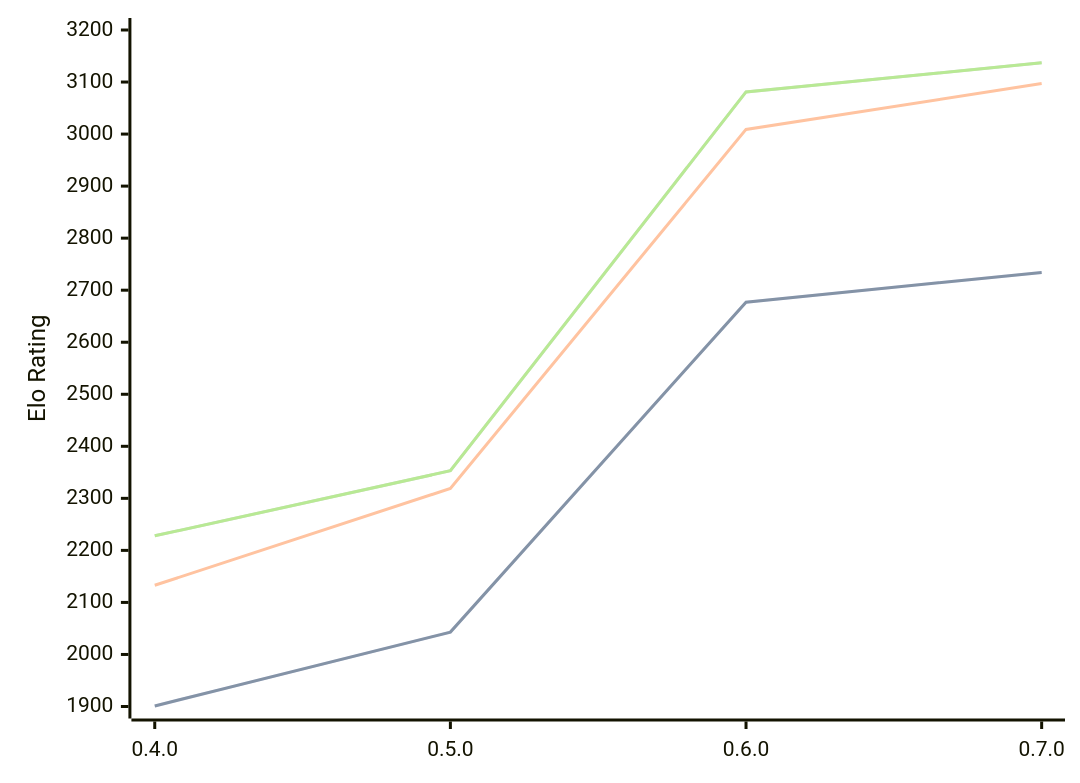
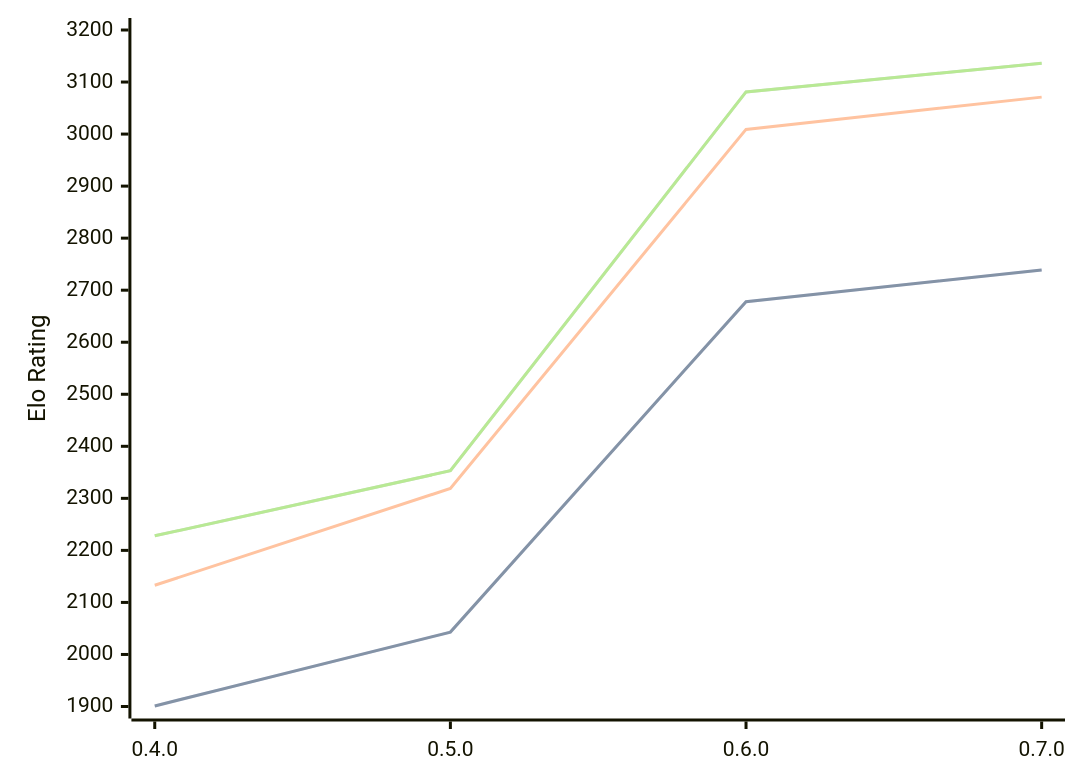
One commit to computer-chess-index/cci changed the diagram in engines/AteNika.md. Above: the diagram before and after it, drawn with Mermaid. The commit also changed other lines of this file, not shown here.

Commit message:
Update CCI Ratings (ELO VLTC) - 2026-09-25

````diff
--- a/engines/AteNika.md
+++ b/engines/AteNika.md
@@ -34,11 +34,11 @@
 ```mermaid
 %%{init: {"theme":"base","themeVariables":{"seriesColors:['#a3a3a3','#222221','#faa371']}}}%%
 xychart-beta
   x-axis ["0.4.0", "0.5.0", "0.6.0", "0.7.0"]
   y-axis "Elo Rating" 1900 --> 3200
-  line "" [1901, 2043, 2677, 2734]
-  line "STC (8.0+0.08s)" [1901, 2043, 2677, 2734]
-  line "LTC (60.0+0.60s)" [2133, 2319, 3009, 3097]
-  line "" [2228, 2353, 3081, 3137]
-  line "VLTC (2m24s+1.12s)" [2228, 2353, 3081, 3137]
+  line "" [1901, 2043, 2678, 2739]
+  line "STC (8.0+0.08s)" [1901, 2043, 2678, 2739]
+  line "LTC (60.0+0.60s)" [2133, 2319, 3009, 3071]
+  line "" [2228, 2353, 3081, 3136]
+  line "VLTC (2m24s+1.12s)" [2228, 2353, 3081, 3136]
 ```
````
